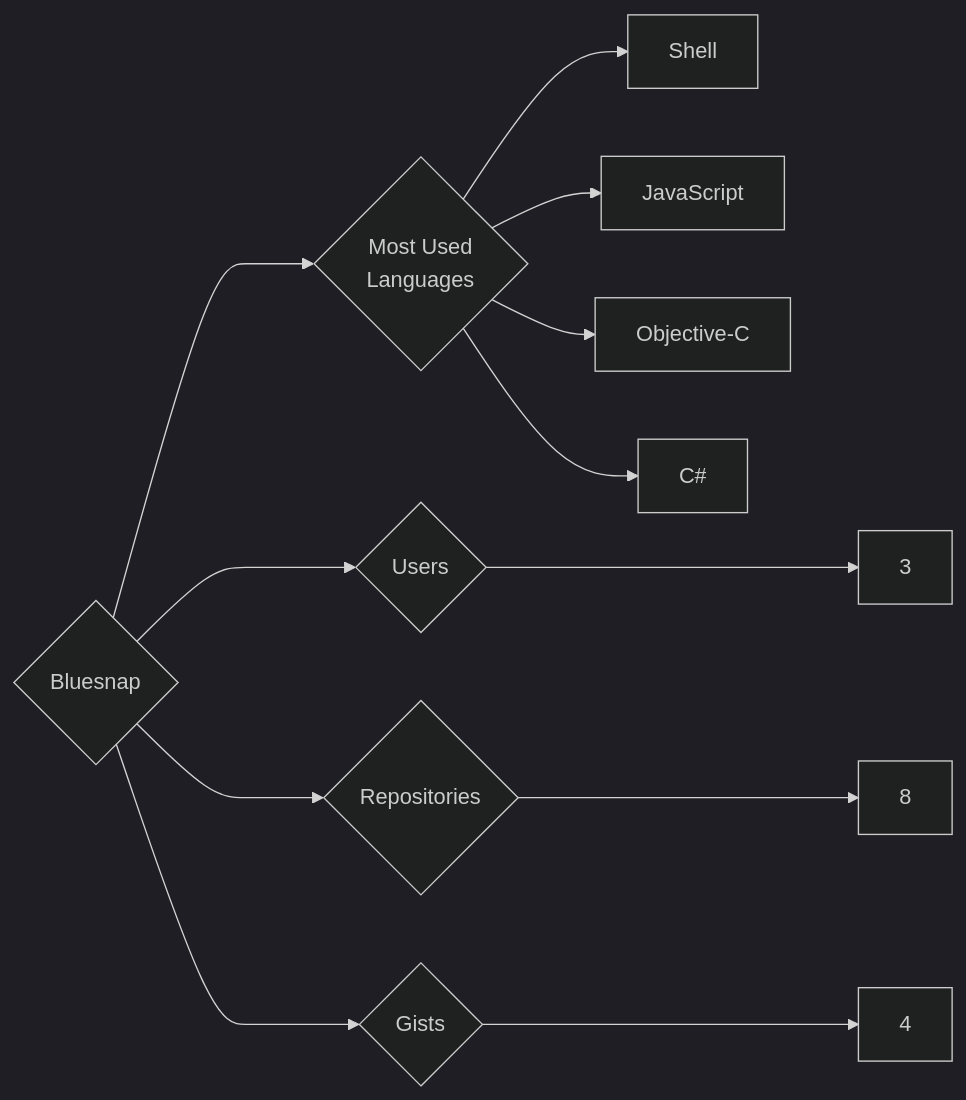
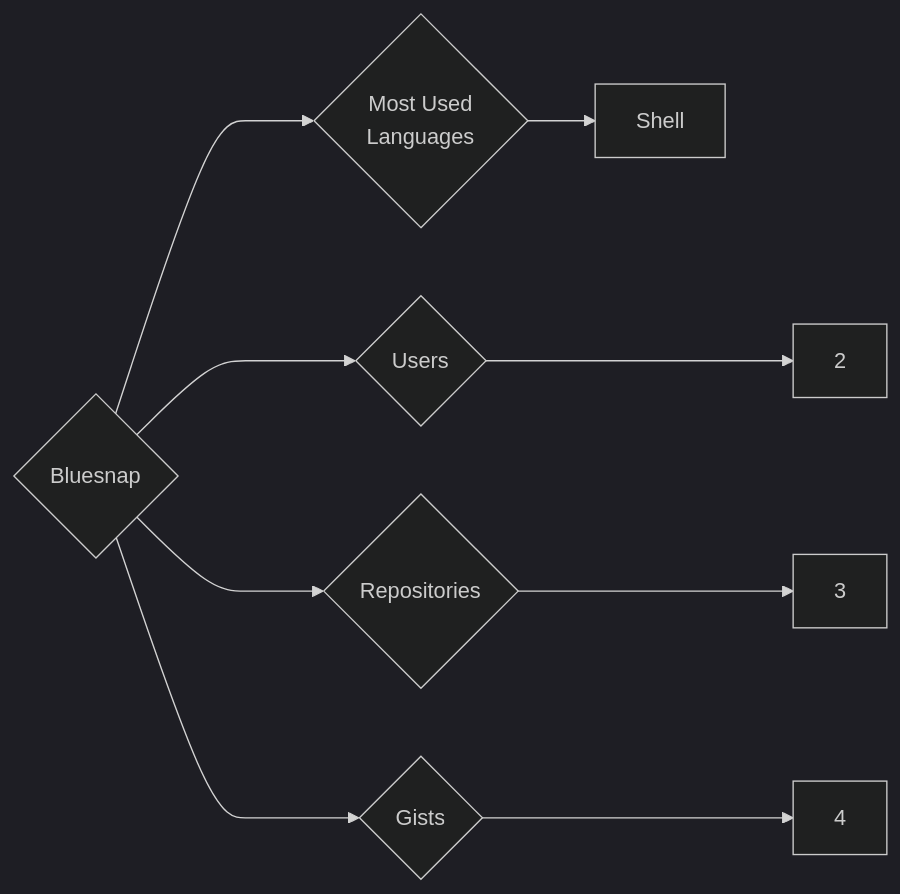
One commit to trickest/insiders changed the diagram in targets/Bluesnap/README.md. Above: the diagram before and after it, drawn with Mermaid (dark theme). The commit also changed 1123 other files, not shown here.

````diff
--- a/targets/Bluesnap/README.md
+++ b/targets/Bluesnap/README.md
@@ -3,12 +3,9 @@
 ```mermaid
 graph LR
 COMPANY_NAME{Bluesnap}
-COMPANY_NAME ---> U{Users} ---> UN[3]
-COMPANY_NAME ---> R{Repositories} ---> RN[8]
+COMPANY_NAME ---> U{Users} ---> UN[2]
+COMPANY_NAME ---> R{Repositories} ---> RN[3]
 COMPANY_NAME ---> G{Gists} ---> GN[4]
 COMPANY_NAME ---> ML{Most Used<br>Languages}
 ML --> Shell[Shell]
-ML --> JavaScript[JavaScript]
-ML --> Objective-C[Objective-C]
-ML --> C#[C#]
 ```
````
